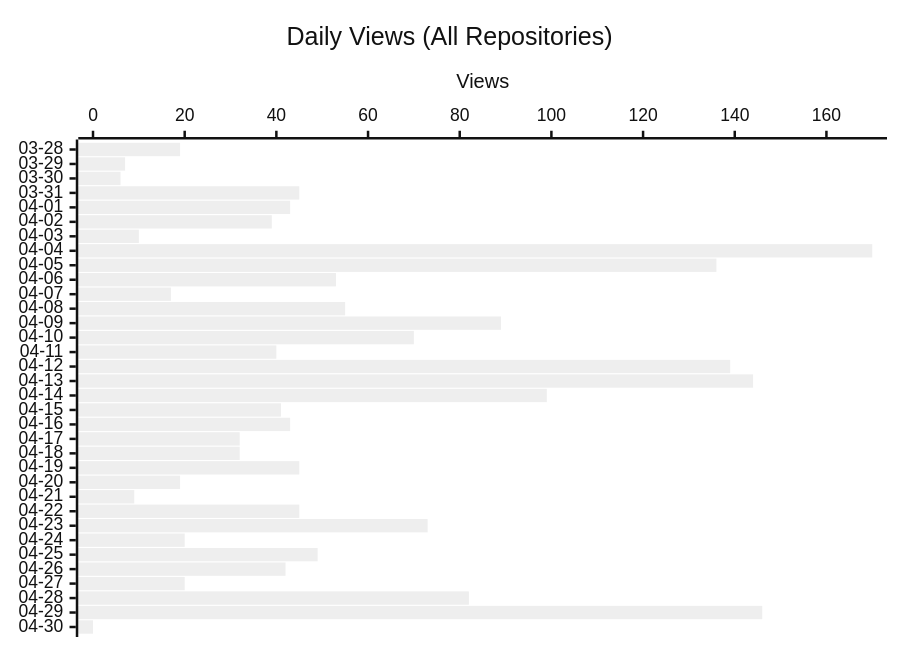
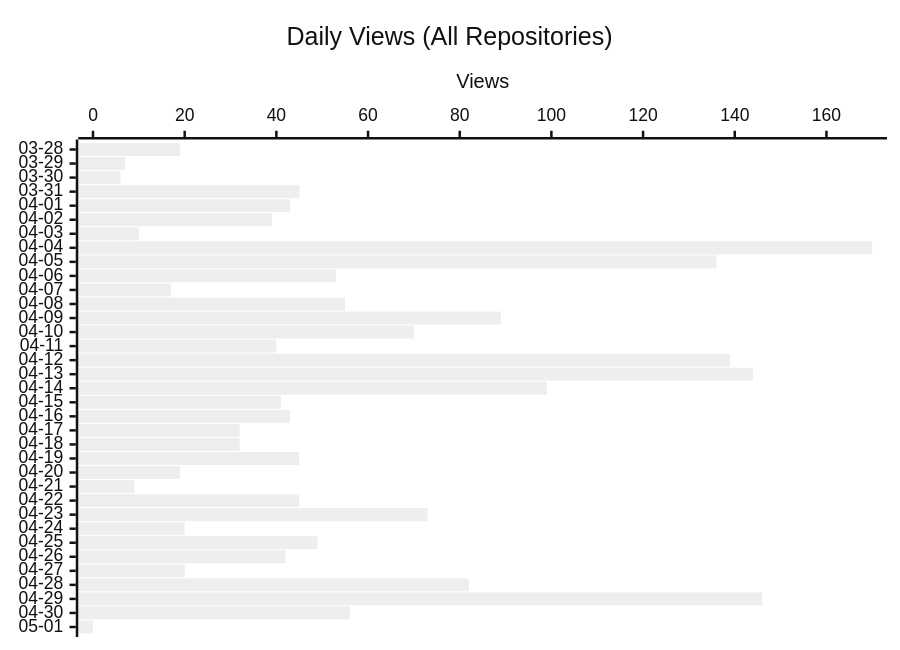
Before and after one commit to shigechika/github-insights: the second of 3 diagrams in README.md, drawn with Mermaid (neutral theme). The commit also changed other lines of this file and 2 other files, not shown here.

````diff
--- a/README.md
+++ b/README.md
@@ -26,7 +26,7 @@
 ```mermaid
 xychart-beta horizontal
     title "Daily Views (All Repositories)"
-    x-axis ["03-28", "03-29", "03-30", "03-31", "04-01", "04-02", "04-03", "04-04", "04-05", "04-06", "04-07", "04-08", "04-09", "04-10", "04-11", "04-12", "04-13", "04-14", "04-15", "04-16", "04-17", "04-18", "04-19", "04-20", "04-21", "04-22", "04-23", "04-24", "04-25", "04-26", "04-27", "04-28", "04-29", "04-30"]
+    x-axis ["03-28", "03-29", "03-30", "03-31", "04-01", "04-02", "04-03", "04-04", "04-05", "04-06", "04-07", "04-08", "04-09", "04-10", "04-11", "04-12", "04-13", "04-14", "04-15", "04-16", "04-17", "04-18", "04-19", "04-20", "04-21", "04-22", "04-23", "04-24", "04-25", "04-26", "04-27", "04-28", "04-29", "04-30", "05-01"]
     y-axis "Views"
-    bar [19, 7, 6, 45, 43, 39, 10, 170, 136, 53, 17, 55, 89, 70, 40, 139, 144, 99, 41, 43, 32, 32, 45, 19, 9, 45, 73, 20, 49, 42, 20, 82, 146, 0]
+    bar [19, 7, 6, 45, 43, 39, 10, 170, 136, 53, 17, 55, 89, 70, 40, 139, 144, 99, 41, 43, 32, 32, 45, 19, 9, 45, 73, 20, 49, 42, 20, 82, 146, 56, 0]
 ```
````
